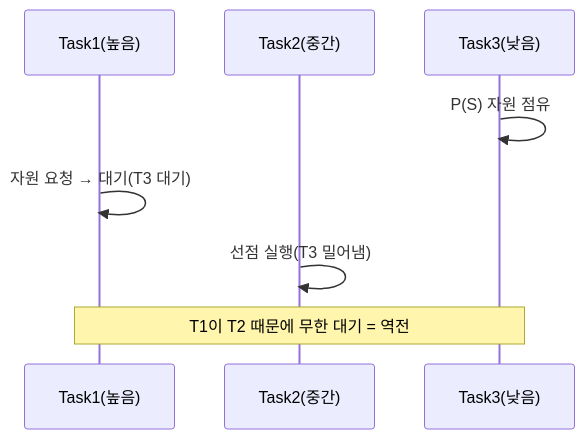
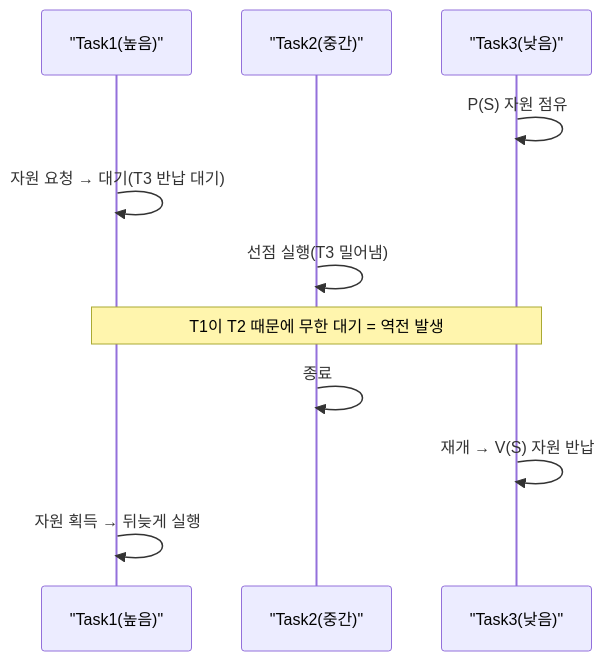
One commit to coninggu/wjdqhrhksflrltnftk changed the diagram in content/priority-inversion.md. Above: the diagram before and after it, drawn with Mermaid. The commit also changed other lines of this file and 3 other files, not shown here.

````diff
--- a/content/priority-inversion.md
+++ b/content/priority-inversion.md
@@ -15,10 +21,13 @@
 ```mermaid
 sequenceDiagram
-  participant T1 as Task1(높음)
-  participant T2 as Task2(중간)
-  participant T3 as Task3(낮음)
+  participant T1 as "Task1(높음)"
+  participant T2 as "Task2(중간)"
+  participant T3 as "Task3(낮음)"
   T3->>T3: P(S) 자원 점유
-  T1->>T1: 자원 요청 → 대기(T3 대기)
+  T1->>T1: 자원 요청 → 대기(T3 반납 대기)
   T2->>T2: 선점 실행(T3 밀어냄)
-  Note over T1,T3: T1이 T2 때문에 무한 대기 = 역전
+  Note over T1,T3: T1이 T2 때문에 무한 대기 = 역전 발생
+  T2->>T2: 종료
+  T3->>T3: 재개 → V(S) 자원 반납
+  T1->>T1: 자원 획득 → 뒤늦게 실행
 ```
````
